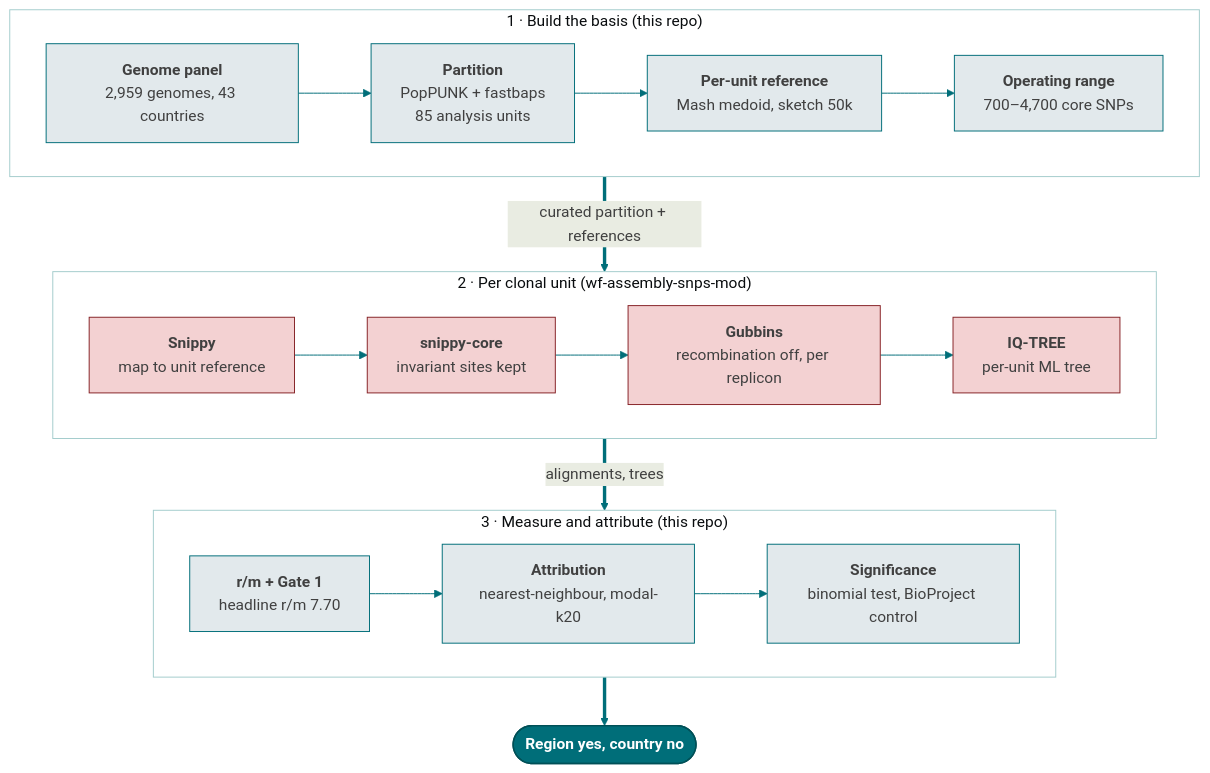
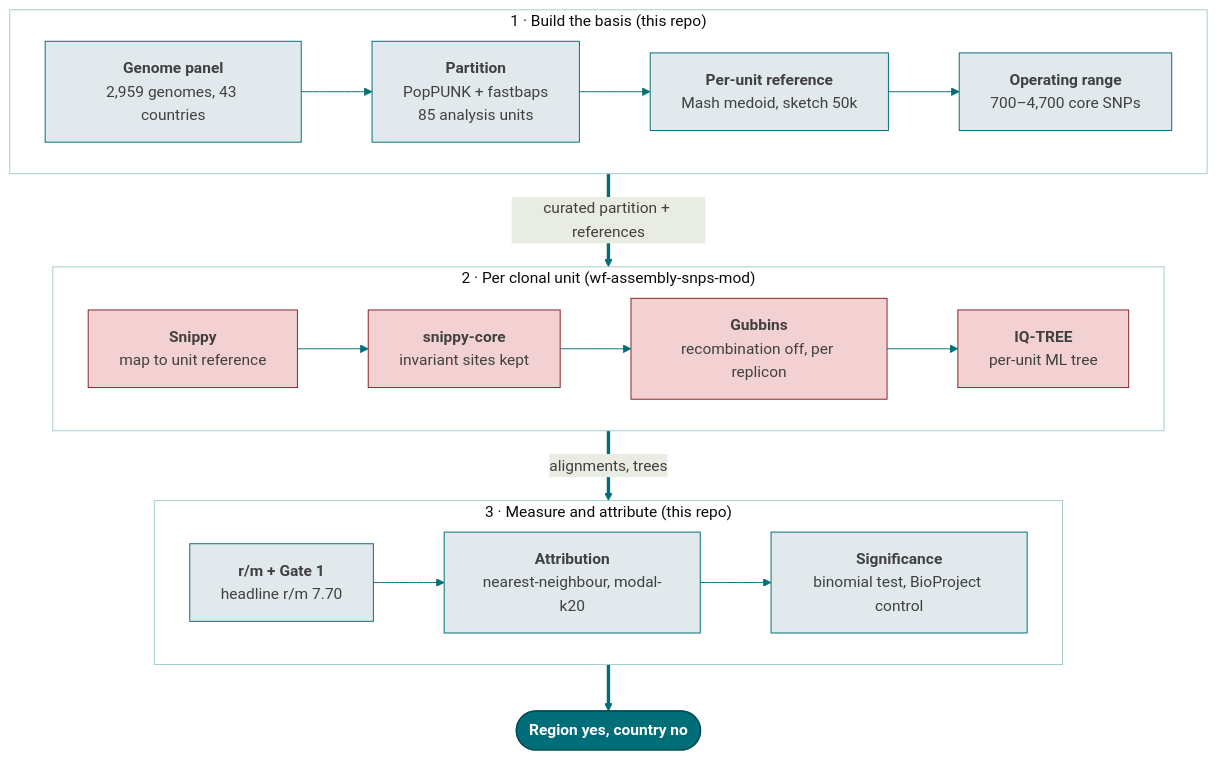
The diagram in OVERVIEW.md (PHemarajata/bp-recombination-aware-snps), drawn with Mermaid before and after one commit. The commit also changed 1 other file, not shown here.

First paragraph of the commit message:
fix: stop the Pages diagram clipping its node labels
The client-side render still cut the last glyph off the longer labels (fastbaps,
sketch 50k, core SNPs, per-unit ML tree, headline r/m 7.70) and the lane titles.
Two causes, now both fixed.

````diff
--- a/OVERVIEW.md
+++ b/OVERVIEW.md
@@ -17,27 +17,27 @@
 ```mermaid
-%%{init: {"theme":"base","themeVariables":{
+%%{init: {"theme":"base","flowchart":{"padding":16,"nodeSpacing":45,"rankSpacing":48,"useMaxWidth":true},"themeVariables":{
   "fontFamily":"Libre Franklin, Franklin Gothic, Arial, sans-serif",
   "primaryColor":"#E2E9EC","primaryTextColor":"#404040","primaryBorderColor":"#006E79",
   "lineColor":"#006E79","clusterBkg":"#FFFFFF","clusterBorder":"#A3CCCC"}}}%%
 flowchart TB
     subgraph P["1 · Build the basis (this repo)"]
         direction LR
         P1["<b>Genome panel</b><br/>2,959 genomes, 43 countries"] --> P2["<b>Partition</b><br/>PopPUNK + fastbaps<br/>85 analysis units"] --> P3["<b>Per-unit reference</b><br/>Mash medoid, sketch 50k"] --> P4["<b>Operating range</b><br/>700–4,700 core SNPs"]
     end
     subgraph W["2 · Per clonal unit (wf-assembly-snps-mod)"]
         direction LR
         W1["<b>Snippy</b><br/>map to unit reference"] --> W2["<b>snippy-core</b><br/>invariant sites kept"] --> W3["<b>Gubbins</b><br/>recombination off, per replicon"] --> W4["<b>IQ-TREE</b><br/>per-unit ML tree"]
     end
     subgraph M["3 · Measure and attribute (this repo)"]
         direction LR
         M1["<b>r/m + Gate 1</b><br/>headline r/m 7.70"] --> M2["<b>Attribution</b><br/>nearest-neighbour, modal-k20"] --> M3["<b>Significance</b><br/>binomial test, BioProject control"]
     end
     P ==>|"curated partition + references"| W ==>|"alignments, trees"| M ==> R(["<b>Region yes, country no</b>"])
 
     classDef repo fill:#E2E9EC,stroke:#006E79,stroke-width:1px,color:#404040;
     classDef wf fill:#F3D1D2,stroke:#862226,stroke-width:1px,color:#404040;
     classDef out fill:#006E79,stroke:#005057,stroke-width:1.5px,color:#FFFFFF;
     class P1,P2,P3,P4,M1,M2,M3 repo;
     class W1,W2,W3,W4 wf;
     class R out;
 ```
````
